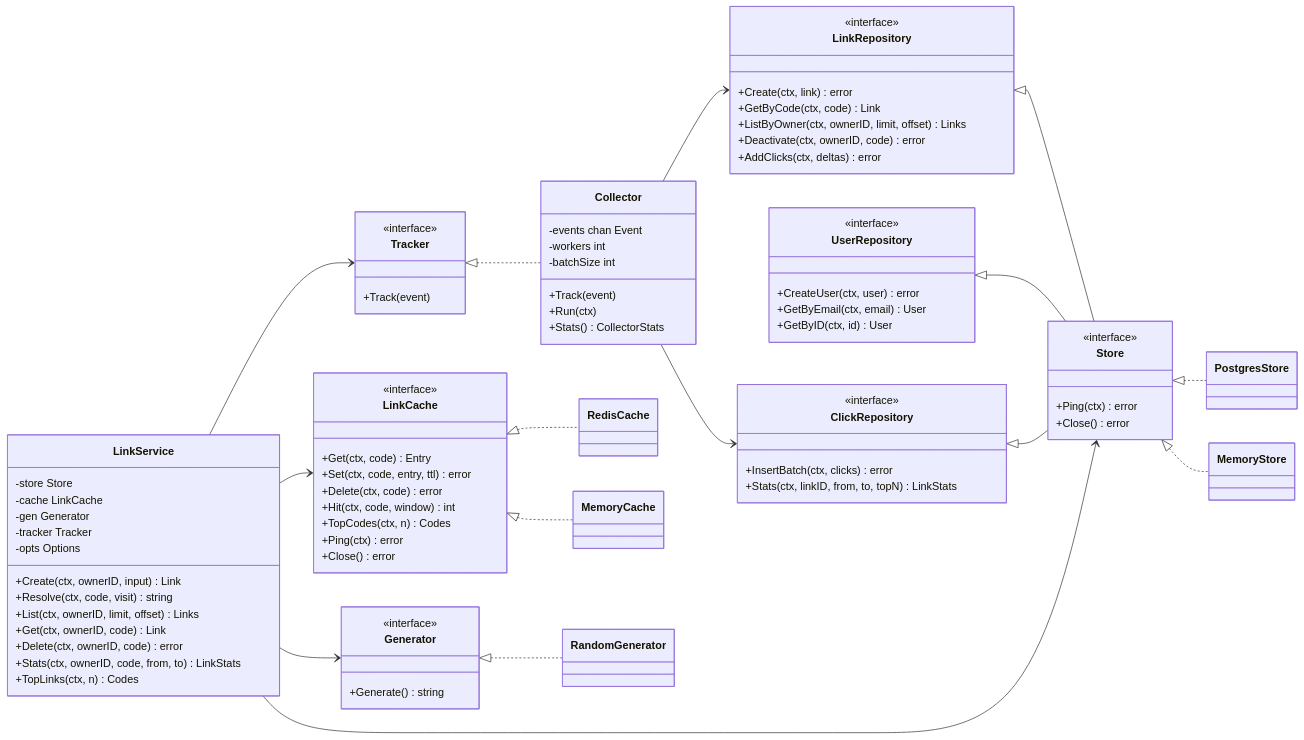
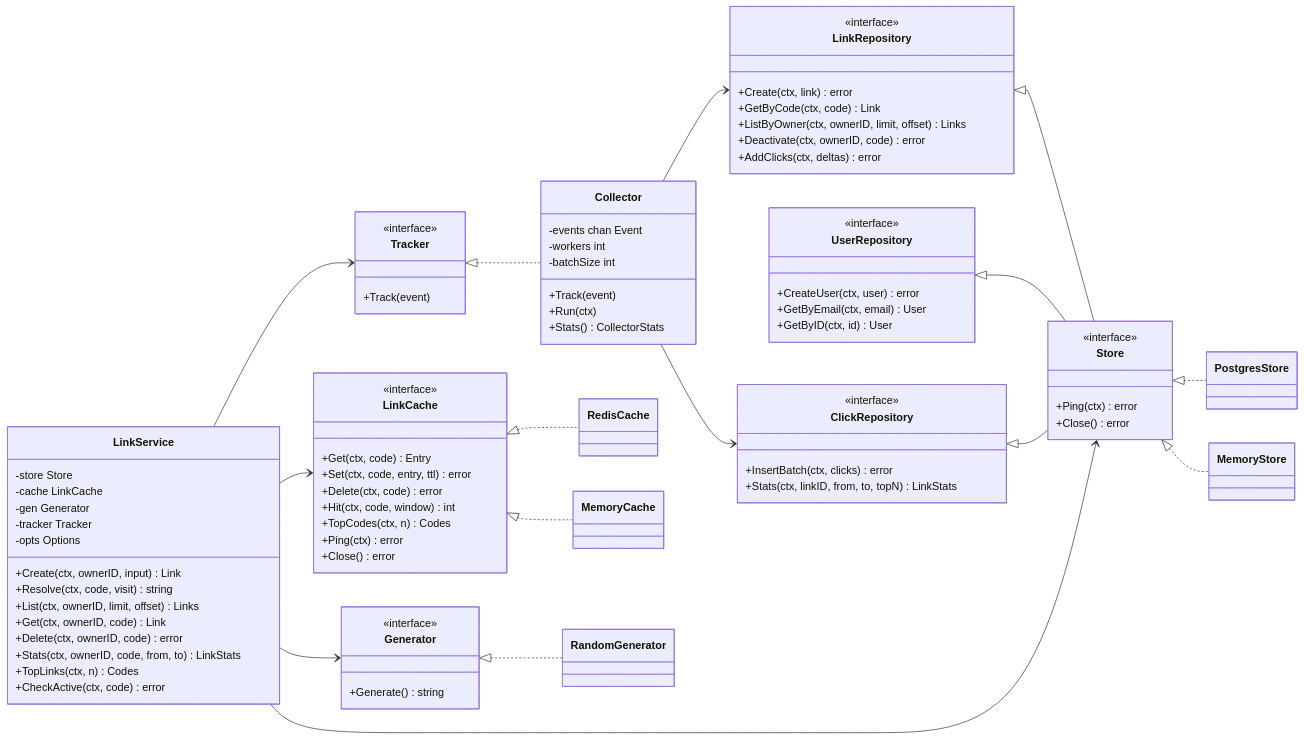
Before and after one commit to Skufik2007/url-shortener: the seventh of 9 diagrams in docs/report/02-design.md, drawn with Mermaid. The commit also changed other lines of this file and 20 other files, not shown here.

```diff
--- a/docs/report/02-design.md
+++ b/docs/report/02-design.md
@@ -429,6 +434,7 @@
         +Delete(ctx, ownerID, code) error
         +Stats(ctx, ownerID, code, from, to) LinkStats
         +TopLinks(ctx, n) Codes
+        +CheckActive(ctx, code) error
     }
     class Collector {
         -events chan Event
```
